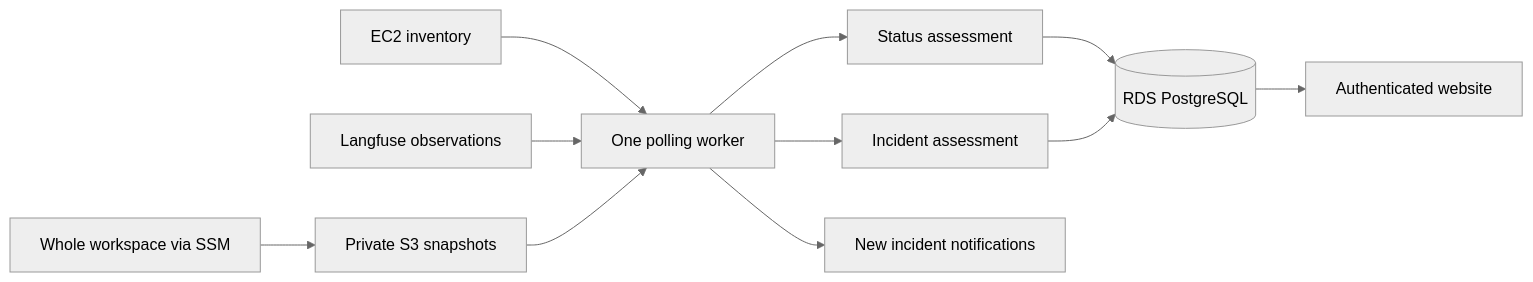
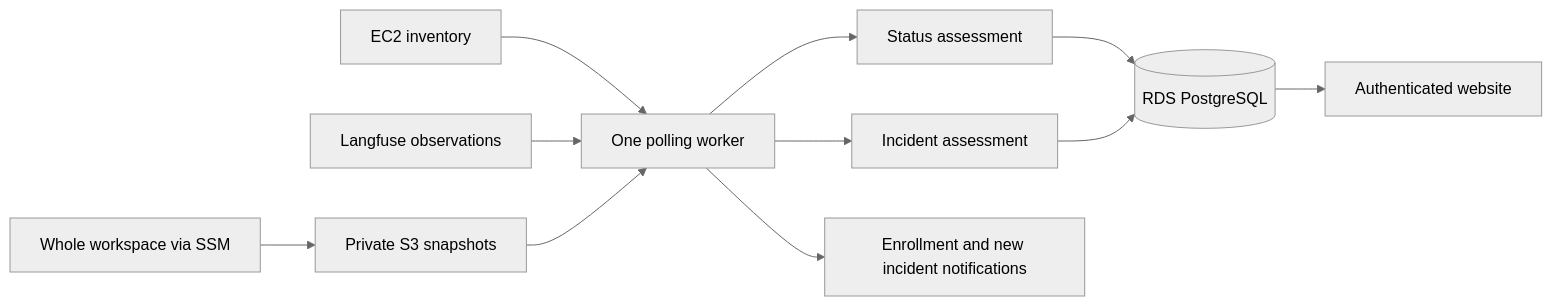
The diagram in src/monitoring/README.md (sage-princeton/crux-in-a-box), drawn with Mermaid (neutral theme) before and after one commit. The commit also changed other lines of this file and 14 other files, not shown here.

````diff
--- a/src/monitoring/README.md
+++ b/src/monitoring/README.md
@@ -23,13 +23,13 @@
 ```mermaid
 flowchart LR
   EC2[EC2 inventory] --> Worker[One polling worker]
   Workspace[Whole workspace via SSM] --> S3[Private S3 snapshots]
   Langfuse[Langfuse observations] --> Worker
   S3 --> Worker
   Worker --> Status[Status assessment]
   Worker --> Incidents[Incident assessment]
   Status --> SQL[(RDS PostgreSQL)]
   Incidents --> SQL
   SQL --> Web[Authenticated website]
-  Worker --> Slack[New incident notifications]
+  Worker --> Slack[Enrollment and new incident notifications]
 ```
````
